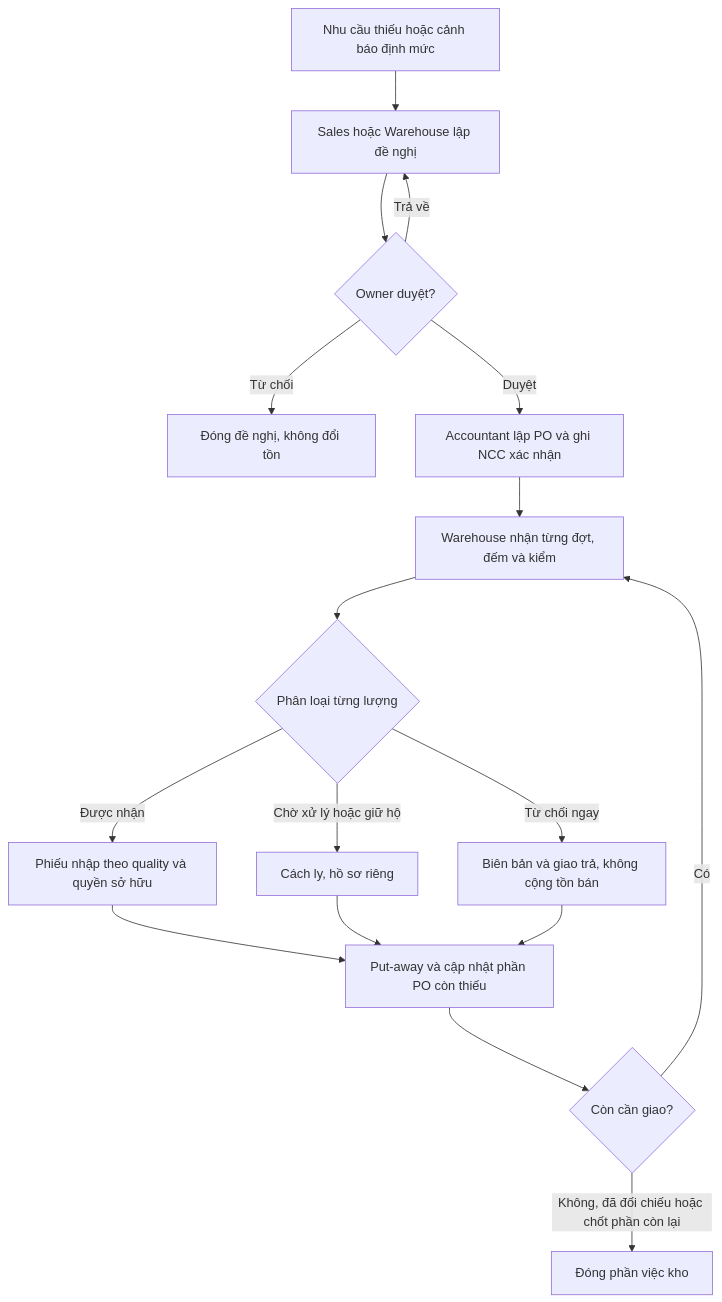
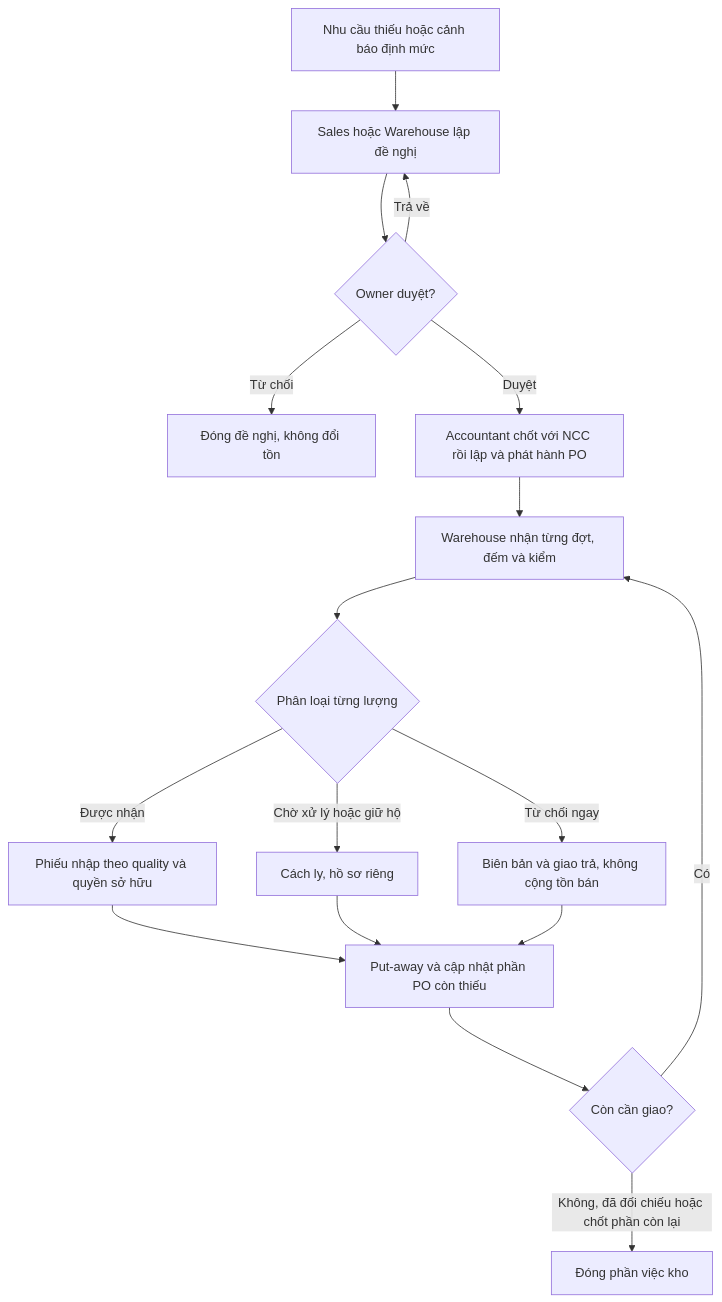
Before and after one commit to minhoa2005/building-material-management: the second of 8 diagrams in git_doc/docs/02_nghiep_vu/De_xuat_7_quy_trinh_sau_review1.md, drawn with Mermaid. The commit also changed other lines of this file and 27 other files, not shown here.

````diff
--- a/git_doc/docs/02_nghiep_vu/De_xuat_7_quy_trinh_sau_review1.md
+++ b/git_doc/docs/02_nghiep_vu/De_xuat_7_quy_trinh_sau_review1.md
@@ -488,19 +488,19 @@
 ```mermaid
 flowchart TD
  A[Nhu cầu thiếu hoặc cảnh báo định mức] --> B[Sales hoặc Warehouse lập đề nghị]
  B --> C{Owner duyệt?}
  C -->|Trả về| B
  C -->|Từ chối| Z[Đóng đề nghị, không đổi tồn]
- C -->|Duyệt| D[Accountant lập PO và ghi NCC xác nhận]
+ C -->|Duyệt| D[Accountant chốt với NCC rồi lập và phát hành PO]
  D --> E[Warehouse nhận từng đợt, đếm và kiểm]
  E --> F{Phân loại từng lượng}
  F -->|Được nhận| G[Phiếu nhập theo quality và quyền sở hữu]
  F -->|Chờ xử lý hoặc giữ hộ| H[Cách ly, hồ sơ riêng]
  F -->|Từ chối ngay| I[Biên bản và giao trả, không cộng tồn bán]
  G --> J[Put-away và cập nhật phần PO còn thiếu]
  H --> J
  I --> J
  J --> K{Còn cần giao?}
  K -->|Có| E
  K -->|Không, đã đối chiếu hoặc chốt phần còn lại| L[Đóng phần việc kho]
 ```
````
